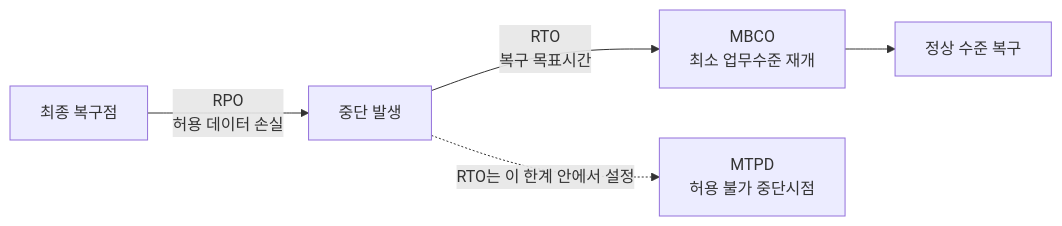
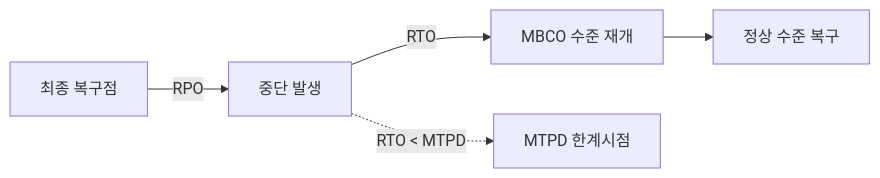
Before and after one commit to agnusdei1207/study: the second of 3 diagrams in src/content/docs/notes/itpe/01-it-strategy/030_bcp.md, drawn with Mermaid. The commit also changed other lines of this file and 19 other files, not shown here.

````diff
--- a/src/content/docs/notes/itpe/01-it-strategy/030_bcp.md
+++ b/src/content/docs/notes/itpe/01-it-strategy/030_bcp.md
@@ -69,7 +70,7 @@
 ```mermaid
 flowchart LR
-    P["최종 복구점"] -->|"RPO<br/>허용 데이터 손실"| I["중단 발생"]
-    I -->|"RTO<br/>복구 목표시간"| M["MBCO<br/>최소 업무수준 재개"]
+    P["최종 복구점"] -->|"RPO"| I["중단 발생"]
+    I -->|"RTO"| M["MBCO 수준 재개"]
     M --> N["정상 수준 복구"]
-    I -.->|"RTO는 이 한계 안에서 설정"| X["MTPD<br/>허용 불가 중단시점"]
+    I -.->|"RTO < MTPD"| X["MTPD 한계시점"]
 ```
````
